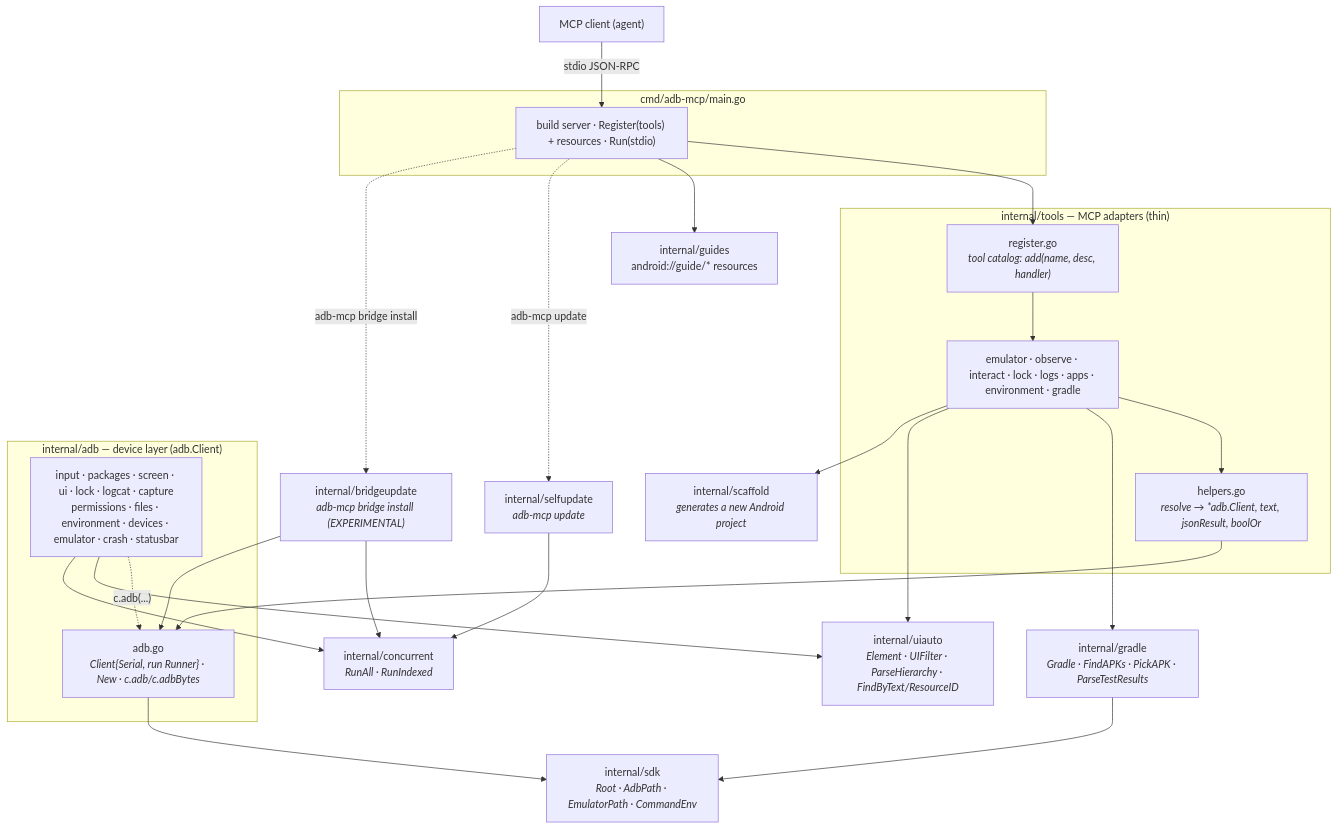
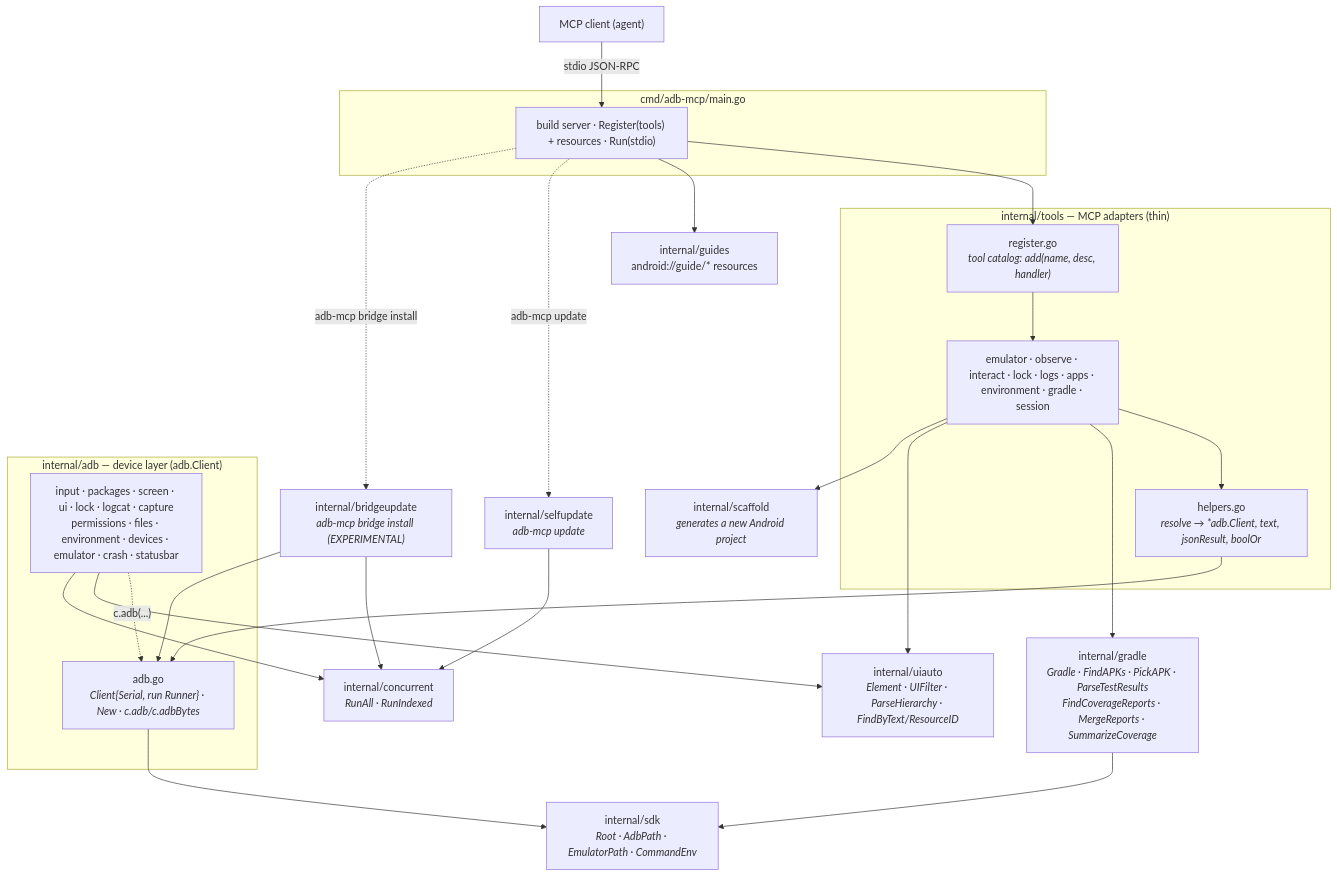
One commit to iksnerd/adb-mcp changed the diagram in ARCHITECTURE.md. Above: the diagram before and after it, drawn with Mermaid. The commit also changed other lines of this file and 1 other file, not shown here.

First line of the commit message:
ARCHITECTURE: catch the diagram and mirror table up to v0.22.0

````diff
--- a/ARCHITECTURE.md
+++ b/ARCHITECTURE.md
@@ -38,50 +38,50 @@
 ```mermaid
 flowchart TB
     client["MCP client (agent)"]
 
     subgraph entry["cmd/adb-mcp/main.go"]
         server["build server · Register(tools) + resources · Run(stdio)"]
     end
 
     subgraph tools["internal/tools — MCP adapters (thin)"]
         register["register.go<br/><i>tool catalog: add(name, desc, handler)</i>"]
-        t_files["emulator · observe · interact · lock · logs · apps · environment · gradle"]
+        t_files["emulator · observe · interact · lock · logs · apps · environment · gradle · session"]
         t_helpers["helpers.go<br/><i>resolve → *adb.Client, text, jsonResult, boolOr</i>"]
     end
 
     subgraph adb["internal/adb — device layer (adb.Client)"]
         client_t["adb.go<br/><i>Client{Serial, run Runner} · New · c.adb/c.adbBytes</i>"]
         a_cmds["input · packages · screen · ui · lock · logcat · capture<br/>permissions · files · environment · devices · emulator · crash · statusbar"]
     end
 
-    gradle["internal/gradle<br/><i>Gradle · FindAPKs · PickAPK · ParseTestResults</i>"]
+    gradle["internal/gradle<br/><i>Gradle · FindAPKs · PickAPK · ParseTestResults<br/>FindCoverageReports · MergeReports · SummarizeCoverage</i>"]
     uiauto["internal/uiauto<br/><i>Element · UIFilter · ParseHierarchy · FindByText/ResourceID</i>"]
     sdk["internal/sdk<br/><i>Root · AdbPath · EmulatorPath · CommandEnv</i>"]
     concurrent["internal/concurrent<br/><i>RunAll · RunIndexed</i>"]
     guides["internal/guides<br/>android://guide/* resources"]
     scaffold["internal/scaffold<br/><i>generates a new Android project</i>"]
     selfupdate["internal/selfupdate<br/><i>adb-mcp update</i>"]
     bridgeupdate["internal/bridgeupdate<br/><i>adb-mcp bridge install (EXPERIMENTAL)</i>"]
 
     client -->|stdio JSON-RPC| server
     server --> register
     server --> guides
     server -. "adb-mcp update" .-> selfupdate
     server -. "adb-mcp bridge install" .-> bridgeupdate
     register --> t_files
     t_files --> t_helpers
 
     t_helpers --> client_t
     t_files --> gradle
     t_files --> uiauto
     t_files --> scaffold
 
     a_cmds -. "c.adb(...)" .-> client_t
     a_cmds --> uiauto
     a_cmds --> concurrent
     bridgeupdate --> client_t
     bridgeupdate --> concurrent
     selfupdate --> concurrent
     client_t --> sdk
     gradle --> sdk
 ```
````
